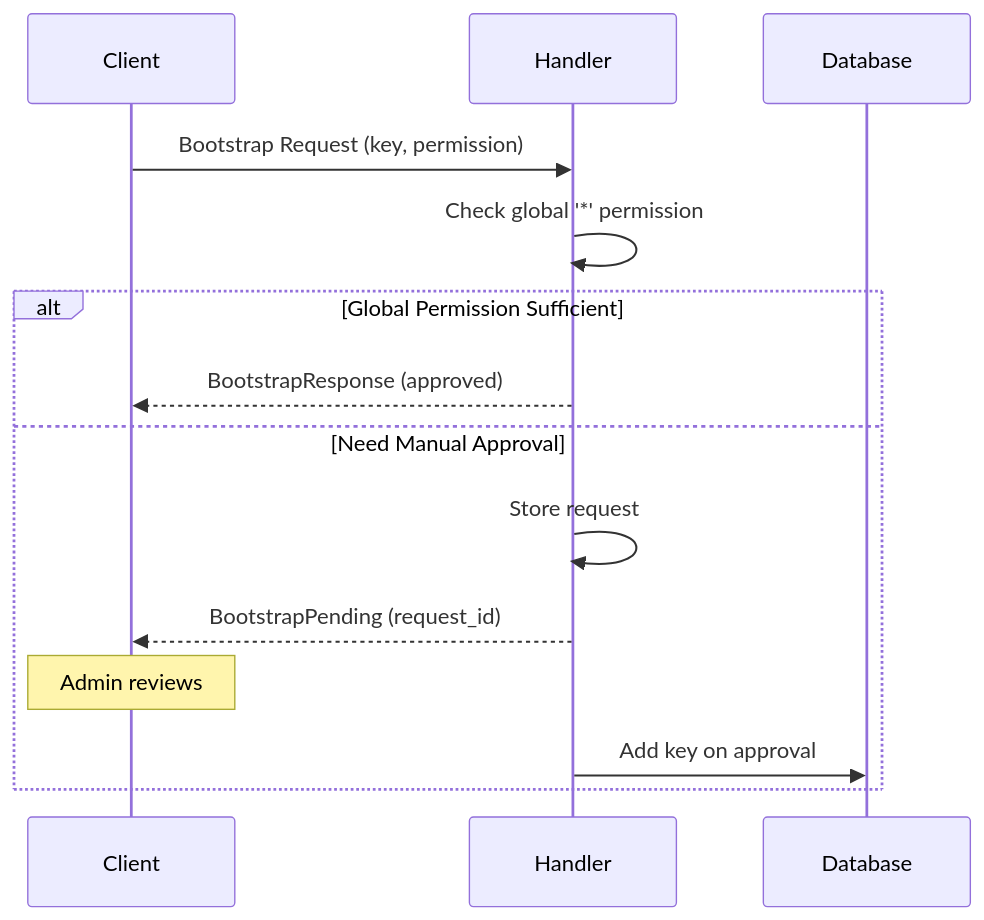
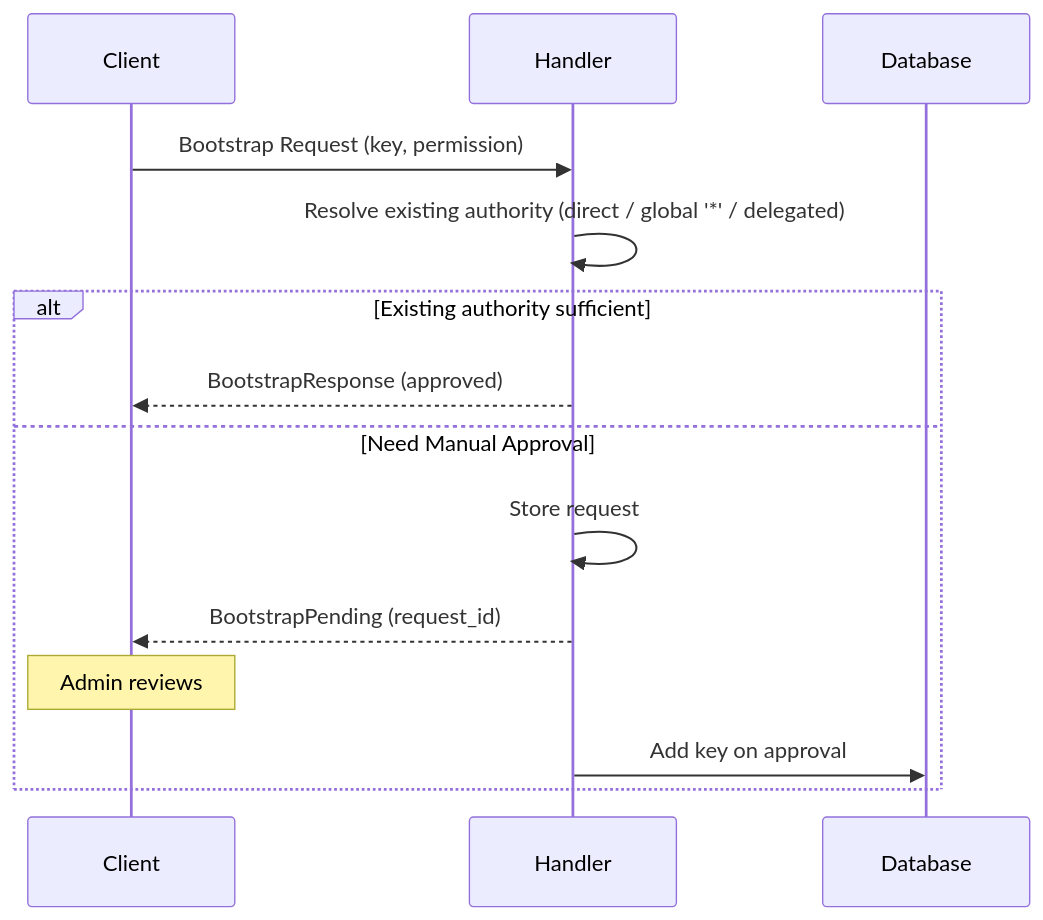
The diagram in docs/src/internal/bootstrap.md (arcuru/eidetica), drawn with Mermaid before and after one commit. The commit also changed other lines of this file and 1 other file, not shown here.

````diff
--- a/docs/src/internal/bootstrap.md
+++ b/docs/src/internal/bootstrap.md
@@ -11,18 +11,18 @@
 ```mermaid
 sequenceDiagram
     participant Client
     participant Handler
     participant Database
 
     Client->>Handler: Bootstrap Request (key, permission)
-    Handler->>Handler: Check global '*' permission
+    Handler->>Handler: Resolve existing authority (direct / global '*' / delegated)
 
-    alt Global Permission Sufficient
+    alt Existing authority sufficient
         Handler-->>Client: BootstrapResponse (approved)
     else Need Manual Approval
         Handler->>Handler: Store request
         Handler-->>Client: BootstrapPending (request_id)
         Note over Client: Admin reviews
         Handler->>Database: Add key on approval
     end
 ```
````
